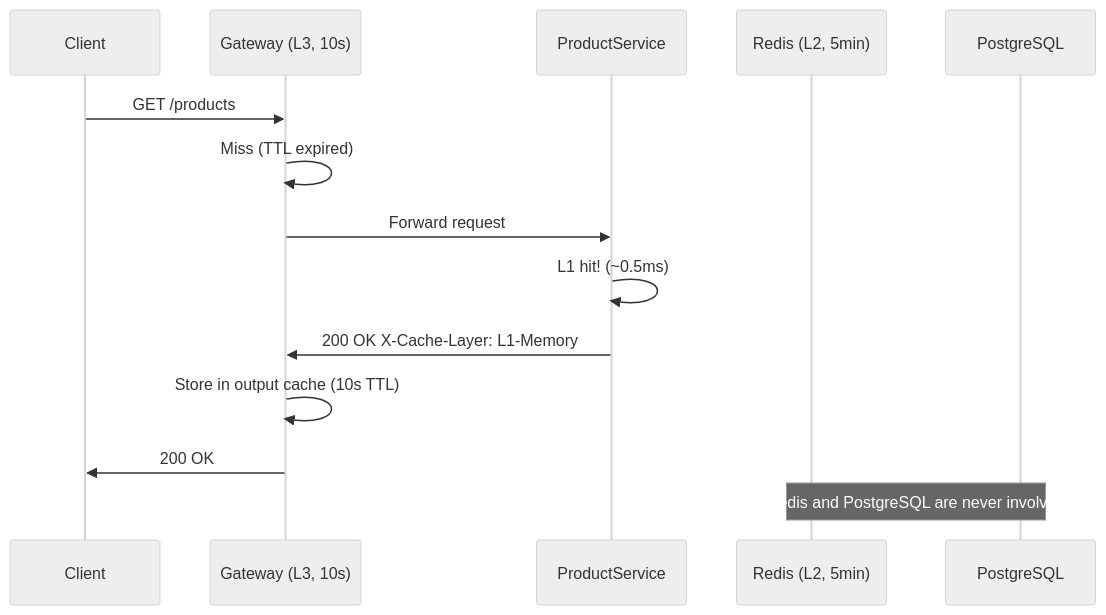
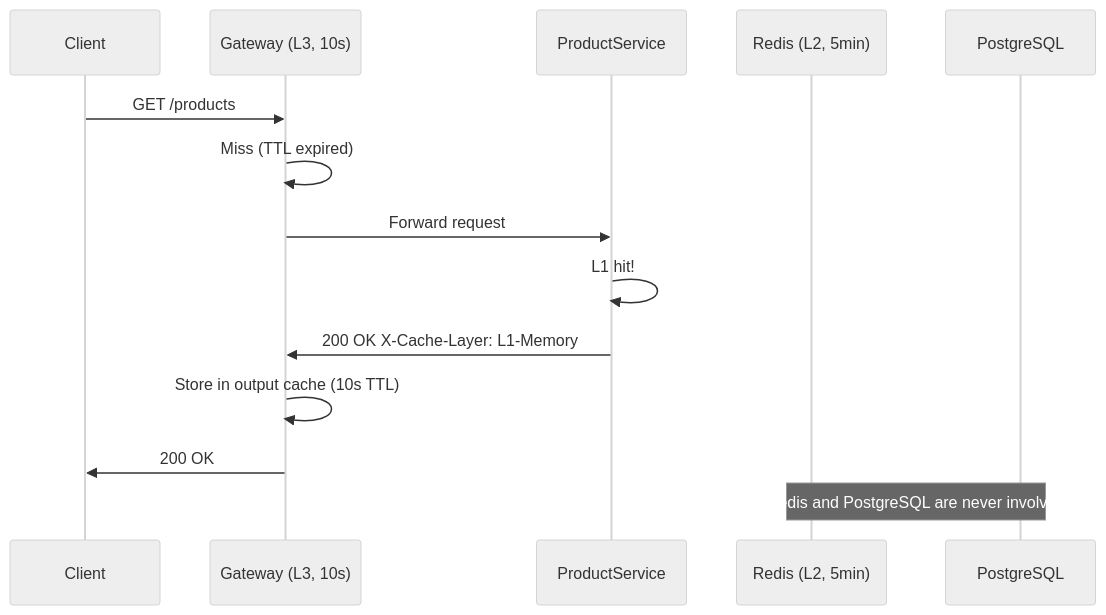
Before and after one commit to RuneKrogh/system-integration-caching: the third of 5 diagrams in docs/cache-flow.md, drawn with Mermaid (neutral theme). The commit also changed other lines of this file, not shown here.

Commit message:
docs: remove latency estimates from cache flow diagrams.

````diff
--- a/docs/cache-flow.md
+++ b/docs/cache-flow.md
@@ -61,18 +61,18 @@
 ```mermaid
 sequenceDiagram
     participant C as Client
     participant G as Gateway (L3, 10s)
     participant P as ProductService
     participant R as Redis (L2, 5min)
     participant DB as PostgreSQL
 
     C->>G: GET /products
     G->>G: Miss (TTL expired)
     G->>P: Forward request
-    P->>P: L1 hit! (~0.5ms)
+    P->>P: L1 hit!
     P->>G: 200 OK  X-Cache-Layer: L1-Memory
     G->>G: Store in output cache (10s TTL)
     G->>C: 200 OK
 
     note over R,DB: Redis and PostgreSQL are never involved
 ```
````
